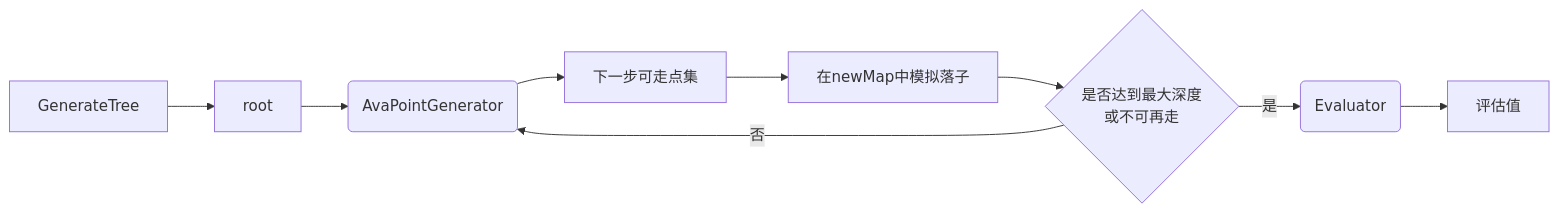
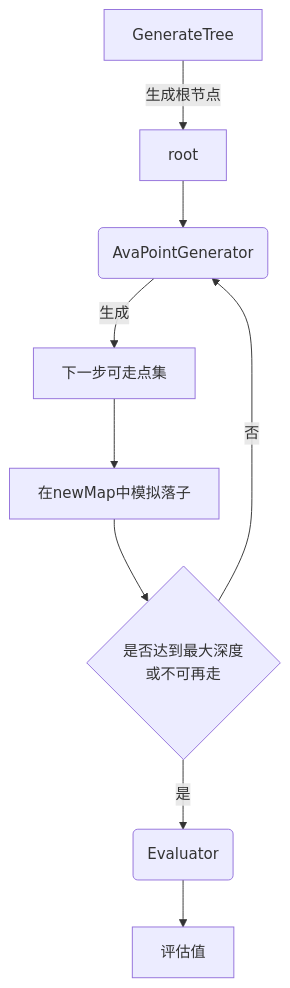
One commit to TwilightLemon/GobangCat changed the sixth of 13 diagrams in Document/doc.md. Above: the diagram before and after it, drawn with Mermaid. The commit also changed other lines of this file and 8 other files, not shown here.

````diff
--- a/Document/doc.md
+++ b/Document/doc.md
@@ -77,6 +88,6 @@
 ```mermaid
-graph LR;
-    GenerateTree-->root[root];
-    root-->g(AvaPointGenerator)-->下一步可走点集-->在newMap中模拟落子-->if{是否达到最大深度\n或不可再走}-->|是|eva(Evaluator)-->评估值
+graph TD;
+    GenerateTree--生成根节点-->root[root];
+    root-->g(AvaPointGenerator)--生成-->下一步可走点集-->在newMap中模拟落子-->if{是否达到最大深度\n或不可再走}-->|是|eva(Evaluator)-->评估值
     if-->|否|g
 ```
````
